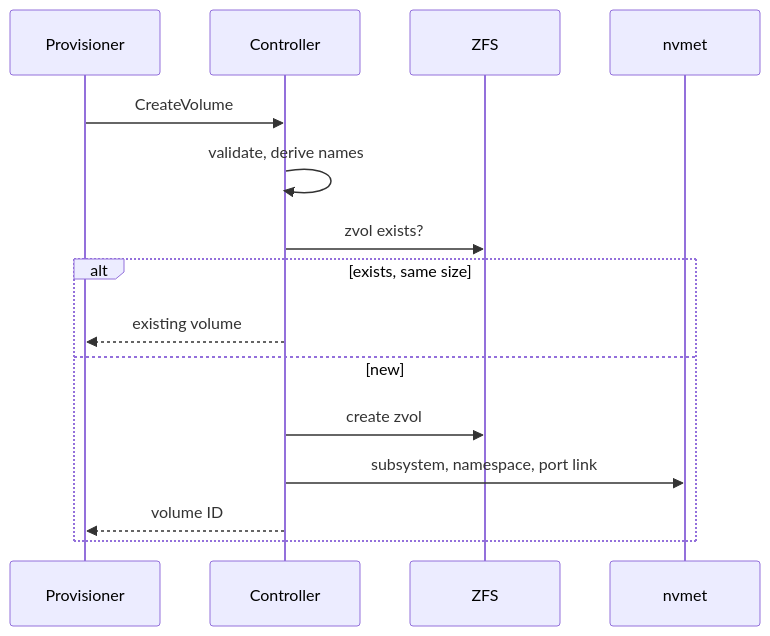
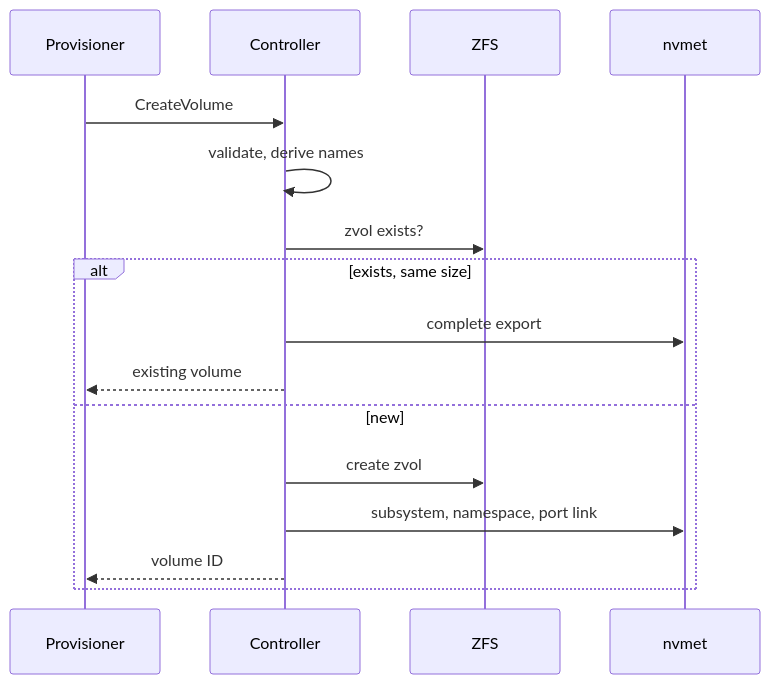
Before and after one commit to timpa0130/nvmeof-csi: the second of 6 diagrams in design/volume-lifecycle.md, drawn with Mermaid. The commit also changed other lines of this file and 13 other files, not shown here.

````diff
--- a/design/volume-lifecycle.md
+++ b/design/volume-lifecycle.md
@@ -41,17 +41,18 @@
 ```mermaid
 sequenceDiagram
     participant EP as Provisioner
     participant C as Controller
     participant Z as ZFS
     participant T as nvmet
     EP->>C: CreateVolume
     C->>C: validate, derive names
     C->>Z: zvol exists?
     alt exists, same size
+        C->>T: complete export
         C-->>EP: existing volume
     else new
         C->>Z: create zvol
         C->>T: subsystem, namespace, port link
         C-->>EP: volume ID
     end
 ```
````
